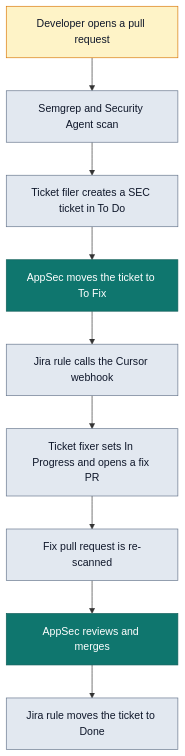
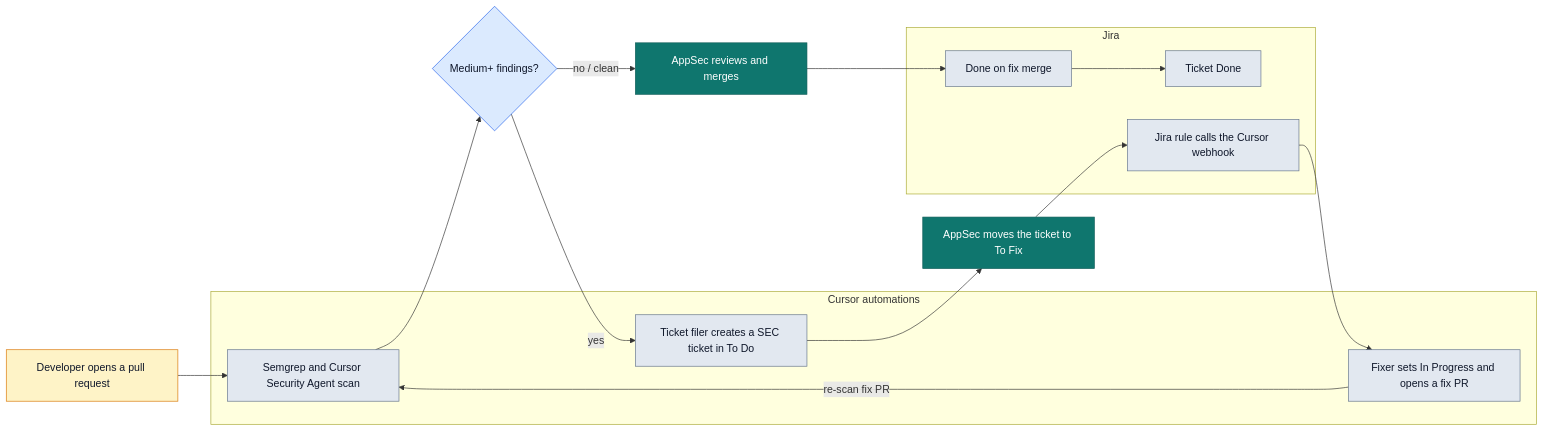
One commit to schabiyo-eng/cursor-app-security-demo changed the diagram in README.md. Above: the diagram before and after it, drawn with Mermaid. The commit also changed other lines of this file, not shown here.

Commit message:
Show the fix pull request looping back into the same scan. (#22)
The runbook diagram now branches on Medium-or-higher findings and sends a clean scan through review to Done.

````diff
--- a/README.md
+++ b/README.md
@@ -81,22 +83,41 @@
 ```mermaid
-flowchart TD
+flowchart LR
   dev[Developer opens a pull request]
-  scan[Semgrep and Security Agent scan]
-  file[Ticket filer creates a SEC ticket in To Do]
+
+  subgraph cursorBox [Cursor automations]
+    scan[Semgrep and Cursor Security Agent scan]
+    filer[Ticket filer creates a SEC ticket in To Do]
+    fixer[Fixer sets In Progress and opens a fix PR]
+  end
+
+  findings{Medium+ findings?}
   triage[AppSec moves the ticket to To Fix]
-  hook[Jira rule calls the Cursor webhook]
-  fixer[Ticket fixer sets In Progress and opens a fix PR]
-  rescan[Fix pull request is re-scanned]
   review[AppSec reviews and merges]
-  done[Jira rule moves the ticket to Done]
 
-  dev --> scan --> file --> triage --> hook --> fixer --> rescan --> review --> done
+  subgraph jiraBox [Jira]
+    hook[Jira rule calls the Cursor webhook]
+    mergeRule[Done on fix merge]
+    ticketDone[Ticket Done]
+  end
+
+  dev --> scan
+  scan --> findings
+  findings -->|yes| filer
+  filer --> triage
+  triage --> hook
+  hook --> fixer
+  fixer -->|re-scan fix PR| scan
+  findings -->|no / clean| review
+  review --> mergeRule
+  mergeRule --> ticketDone
 
   classDef appsec fill:#0f766e,color:#ffffff,stroke:#115e59
   classDef auto fill:#e2e8f0,color:#0f172a,stroke:#64748b
   classDef dev fill:#fef3c7,color:#0f172a,stroke:#d97706
+  classDef decide fill:#dbeafe,color:#0f172a,stroke:#2563eb
 
   class triage,review appsec
-  class scan,file,hook,fixer,rescan,done auto
+  class scan,filer,fixer,hook,mergeRule,ticketDone auto
   class dev dev
+  class findings decide
 ```
````
